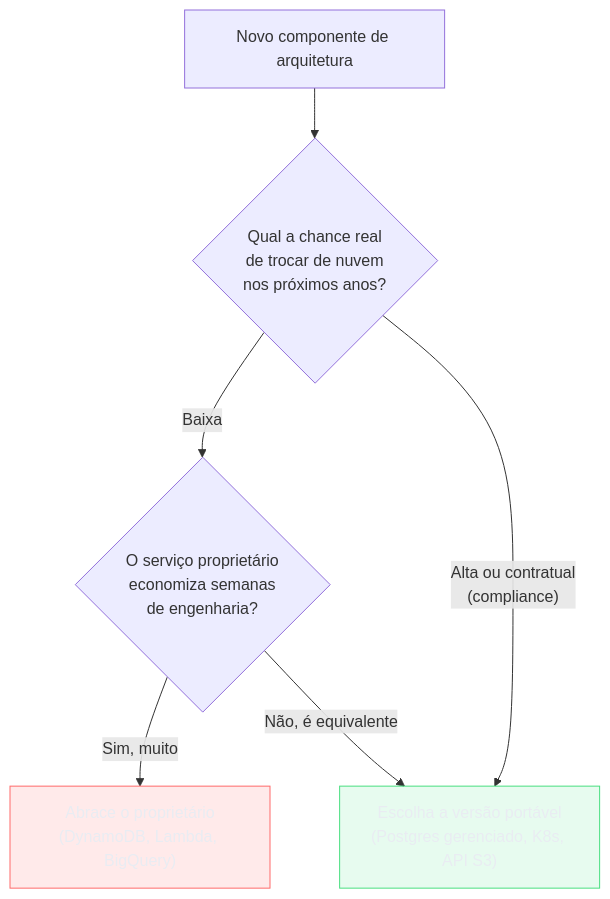
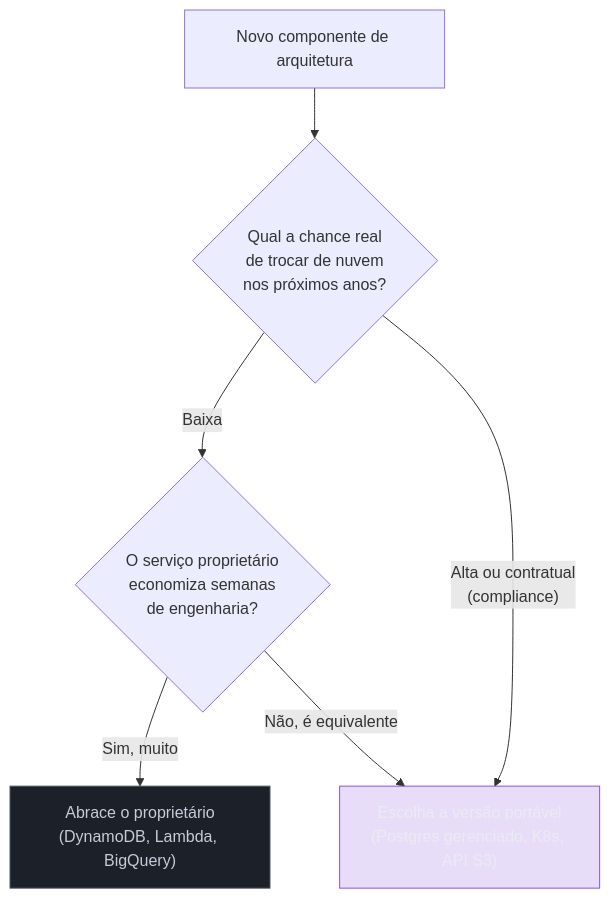
Before and after one commit to josenaldo/codex-technomanticus: the third of 3 diagrams in 03-Dominios/Tecnologia/Cloud/23 - Panorama multi-cloud e portabilidade/05 - Lock-in e portabilidade — Kubernetes como camada.md, drawn with Mermaid. The commit also changed other lines of this file and 601 other files, not shown here.

````diff
--- a/03-Dominios/Tecnologia/Cloud/23 - Panorama multi-cloud e portabilidade/05 - Lock-in e portabilidade — Kubernetes como camada.md
+++ b/03-Dominios/Tecnologia/Cloud/23 - Panorama multi-cloud e portabilidade/05 - Lock-in e portabilidade — Kubernetes como camada.md
@@ -142,13 +142,13 @@
 ```mermaid
 flowchart TD
-    classDef falha fill:#FF6B6B24,stroke:#FF6B6B,color:#E9ECF2
-    classDef ok fill:#4ADE8021,stroke:#4ADE80,color:#E9ECF2
+    classDef marca fill:#8855DF33,stroke:#8855DF,color:#E9ECF2
+    classDef neutro fill:#1B2029,stroke:#4E5666,color:#C6CCD8
     Start["Novo componente de arquitetura"] --> Q1{"Qual a chance real<br/>de trocar de nuvem<br/>nos próximos anos?"}
     Q1 -->|"Baixa"| Q2{"O serviço proprietário<br/>economiza semanas<br/>de engenharia?"}
     Q1 -->|"Alta ou contratual<br/>(compliance)"| Portable["Escolha a versão portável<br/>(Postgres gerenciado, K8s, API S3)"]
     Q2 -->|"Sim, muito"| Proprietary["Abrace o proprietário<br/>(DynamoDB, Lambda, BigQuery)"]
     Q2 -->|"Não, é equivalente"| Portable
 
-    class Proprietary falha
-    class Portable ok
+    class Proprietary neutro
+    class Portable marca
 ```
````
